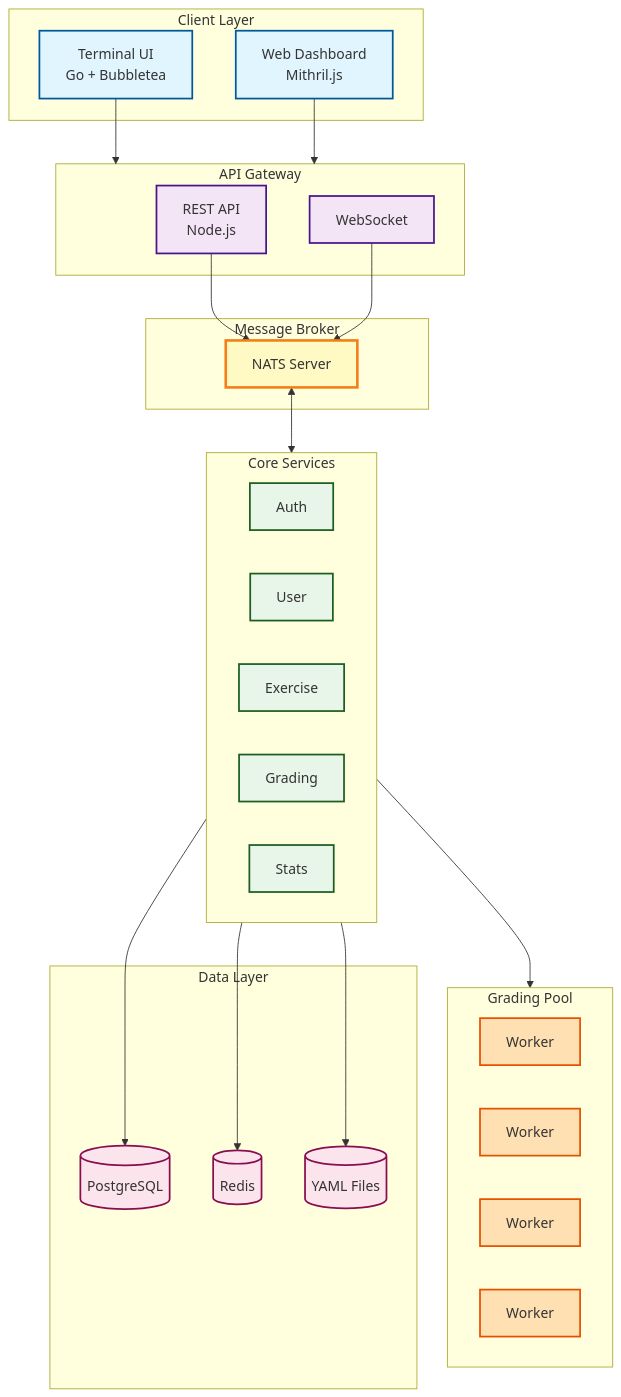
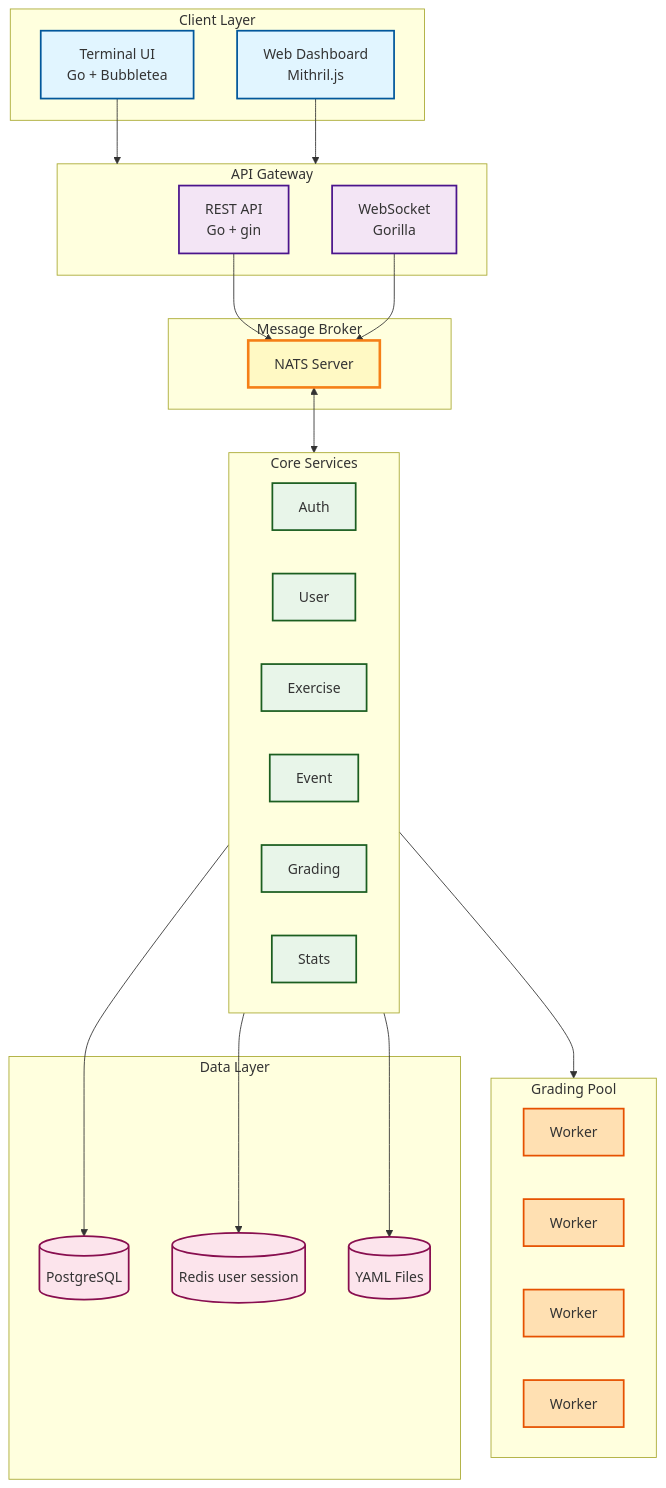
The first of 3 diagrams in docs/architecture/overview.md (Tutors42Lyon/Mithril), drawn with Mermaid before and after one commit. The commit also changed 27 other files, not shown here.

````diff
--- a/docs/architecture/overview.md
+++ b/docs/architecture/overview.md
@@ -10,61 +10,62 @@
 ```mermaid
 graph TB
     %% Styling
     classDef client fill:#e1f5ff,stroke:#01579b,stroke-width:2px
     classDef gateway fill:#f3e5f5,stroke:#4a148c,stroke-width:2px
     classDef broker fill:#fff9c4,stroke:#f57f17,stroke-width:3px
     classDef service fill:#e8f5e9,stroke:#1b5e20,stroke-width:2px
     classDef worker fill:#ffe0b2,stroke:#e65100,stroke-width:2px
     classDef storage fill:#fce4ec,stroke:#880e4f,stroke-width:2px
 
     subgraph CLIENT["Client Layer"]
         TUI[Terminal UI<br/>Go + Bubbletea]:::client
         WEB[Web Dashboard<br/>Mithril.js]:::client
     end
     
     subgraph GATEWAY["API Gateway"]
-        GW[REST API<br/>Node.js]:::gateway
-        WS[WebSocket]:::gateway
+        GW[REST API<br/>Go + gin]:::gateway
+        WS[WebSocket<br/>Gorilla]:::gateway
     end
     
     subgraph BROKER["Message Broker"]
         NATS[NATS Server]:::broker
     end
     
     subgraph SERVICES["Core Services"]
         direction LR
         AUTH[Auth]:::service
         USER[User]:::service
         EXERCISE[Exercise]:::service
+        EVENT[Event]:::service
         GRADING[Grading]:::service
         STATS[Stats]:::service
     end
     
     subgraph POOL["Grading Pool"]
         direction LR
         W1[Worker]:::worker
         W2[Worker]:::worker
         W3[Worker]:::worker
         W4[Worker]:::worker
     end
     
     subgraph DATA["Data Layer"]
         DB[(PostgreSQL)]:::storage
-        REDIS[(Redis)]:::storage
+        REDIS[(Redis user session)]:::storage
         FILES[(YAML Files)]:::storage
     end
     
     %% Connections
     TUI --> GATEWAY
     WEB --> GATEWAY
     GW --> NATS
     WS --> NATS
     
     NATS <--> SERVICES
     
     GRADING --> POOL
     
     SERVICES --> DB
     EXERCISE --> FILES
     SERVICES --> REDIS
 ```
````
